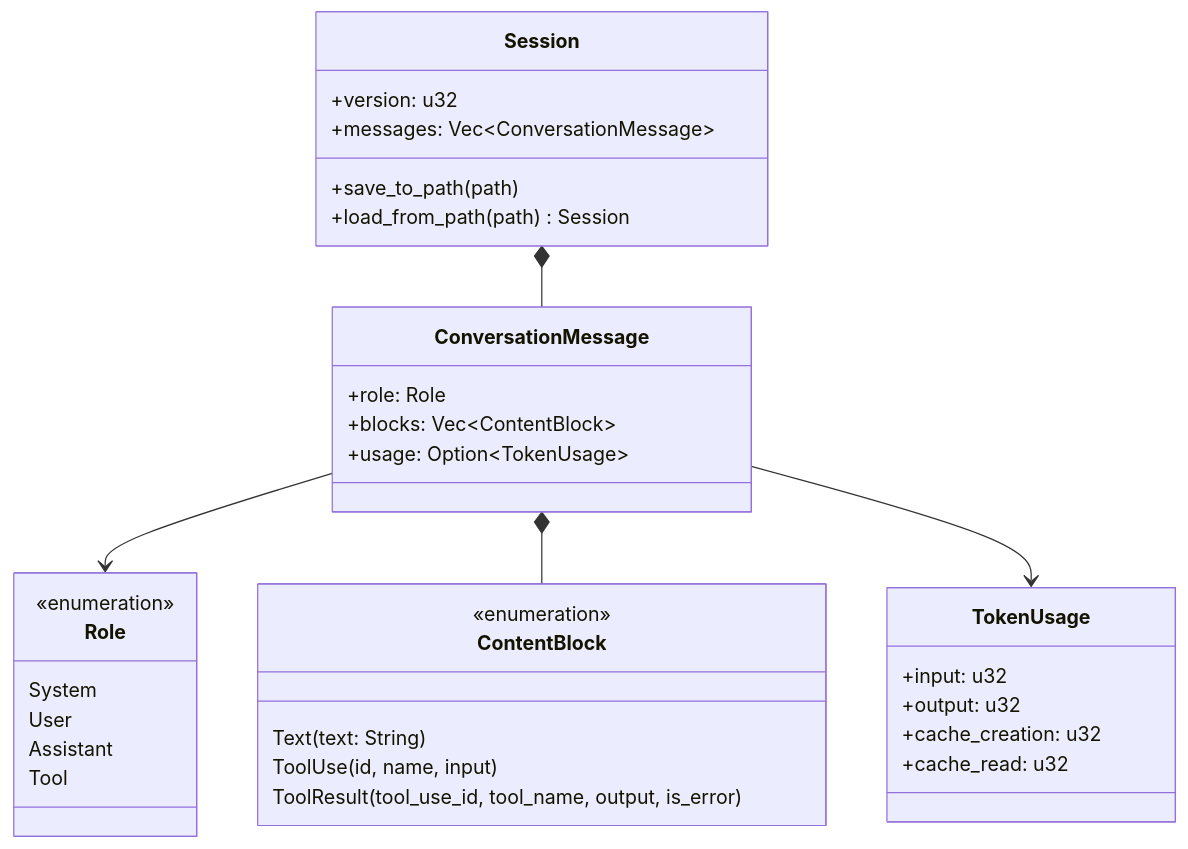
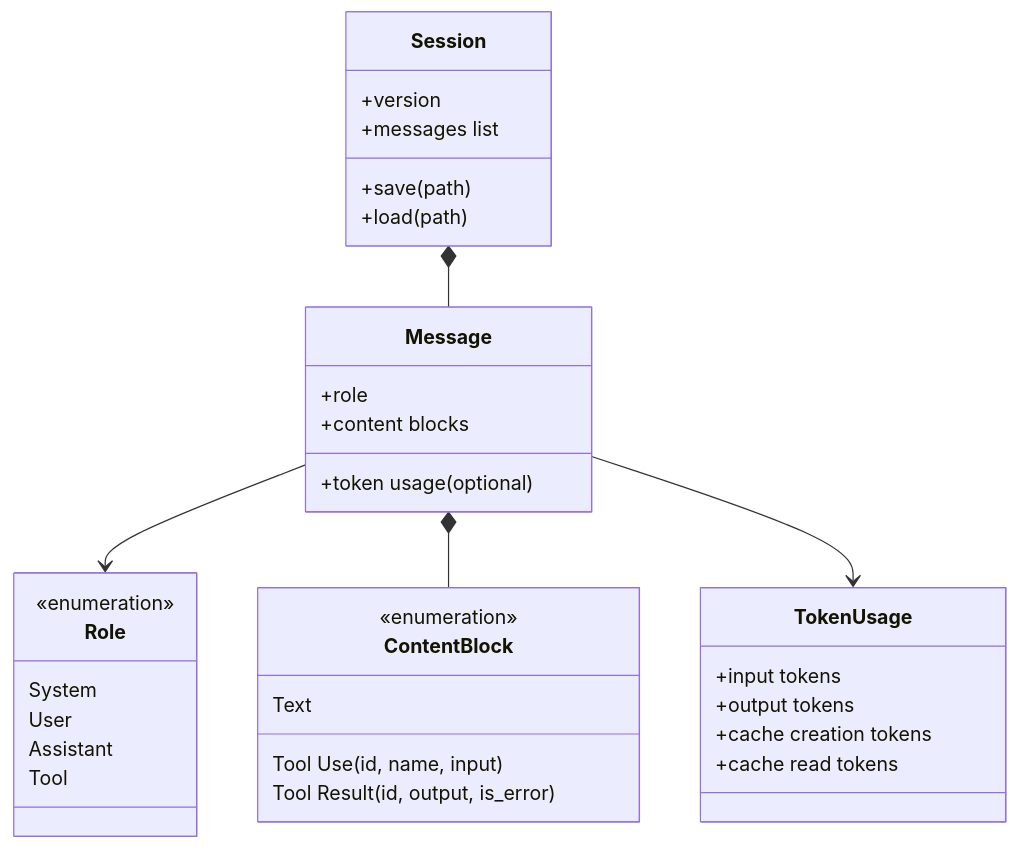
One commit to Luxshan2000/inside-claude-code changed the first of 3 diagrams in docs/07-session-management/README.md. Above: the diagram before and after it, drawn with Mermaid. The commit also changed 12 other files, not shown here.

First line of the commit message:
Clean up: Remove code-specific references, keep pure architecture concepts

````diff
--- a/docs/07-session-management/README.md
+++ b/docs/07-session-management/README.md
@@ -17,42 +17,42 @@
 ```mermaid
 classDiagram
     class Session {
-        +version: u32
-        +messages: Vec~ConversationMessage~
-        +save_to_path(path)
-        +load_from_path(path) Session
+        +version
+        +messages list
+        +save(path)
+        +load(path)
     }
 
-    class ConversationMessage {
-        +role: Role
-        +blocks: Vec~ContentBlock~
-        +usage: Option~TokenUsage~
+    class Message {
+        +role
+        +content blocks
+        +token usage (optional)
     }
 
     class Role {
         <<enumeration>>
         System
         User
         Assistant
         Tool
     }
 
     class ContentBlock {
         <<enumeration>>
-        Text(text: String)
-        ToolUse(id, name, input)
-        ToolResult(tool_use_id, tool_name, output, is_error)
+        Text
+        Tool Use (id, name, input)
+        Tool Result (id, output, is_error)
     }
 
     class TokenUsage {
-        +input: u32
-        +output: u32
-        +cache_creation: u32
-        +cache_read: u32
+        +input tokens
+        +output tokens
+        +cache creation tokens
+        +cache read tokens
     }
 
-    Session *-- ConversationMessage
-    ConversationMessage --> Role
-    ConversationMessage *-- ContentBlock
-    ConversationMessage --> TokenUsage
+    Session *-- Message
+    Message --> Role
+    Message *-- ContentBlock
+    Message --> TokenUsage
 ```
````
